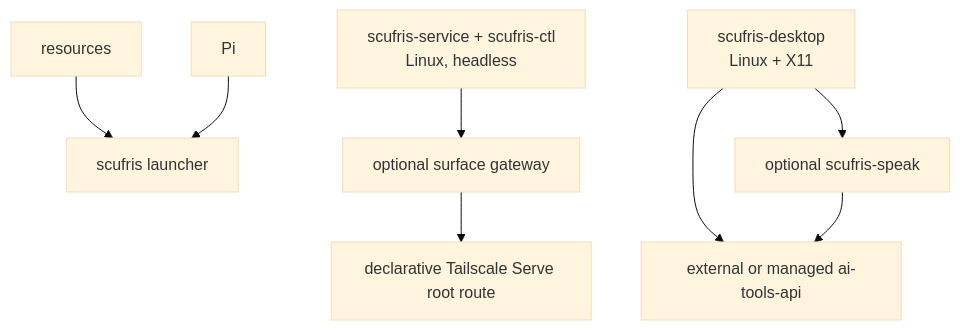
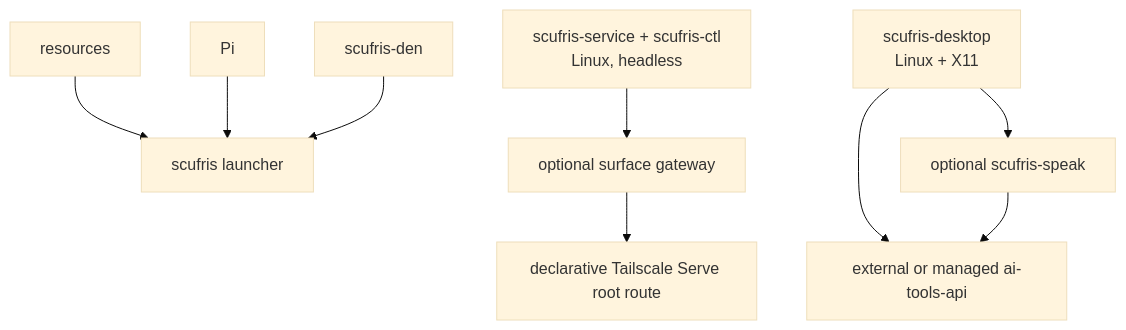
Before and after one commit to alexjercan/scufris2: the fifth of 5 diagrams in docs/src/dev/architecture.md, drawn with Mermaid (base theme). The commit also changed other lines of this file and 35 other files, not shown here.

First line of the commit message:
Read and write the-den inside Scufris

````diff
--- a/docs/src/dev/architecture.md
+++ b/docs/src/dev/architecture.md
@@ -123,10 +123,11 @@
 ```mermaid
 flowchart TB
     Resources[resources] --> Launcher[scufris launcher]
     Pi[Pi] --> Launcher
+    Den[scufris-den] --> Launcher
     Service["scufris-service + scufris-ctl<br/>Linux, headless"] --> Gateway["optional surface gateway"]
     Gateway --> Tailscale[declarative Tailscale Serve root route]
     Desktop["scufris-desktop<br/>Linux + X11"] --> Speak[optional scufris-speak]
     Desktop --> API[external or managed ai-tools-api]
     Speak --> API
 ```
````
